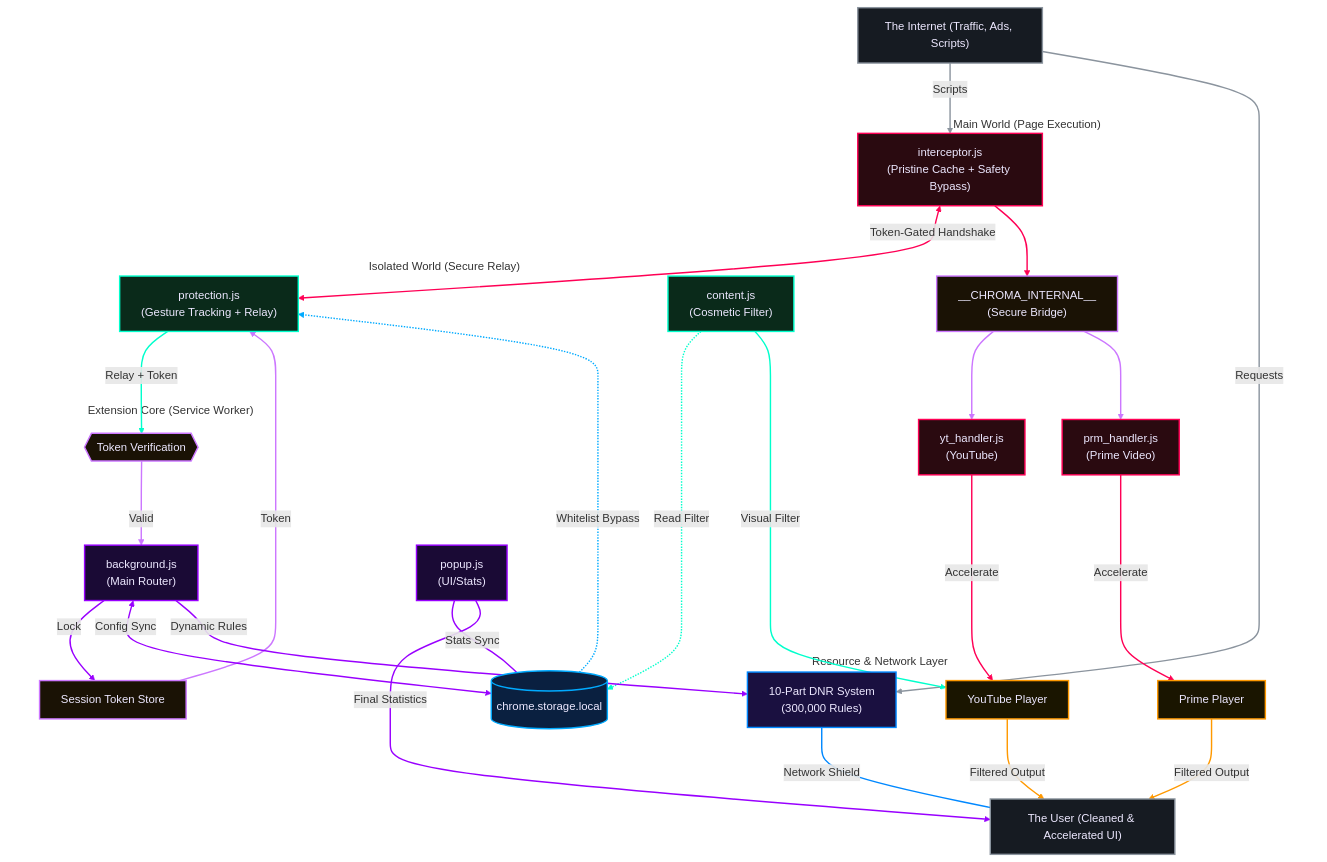
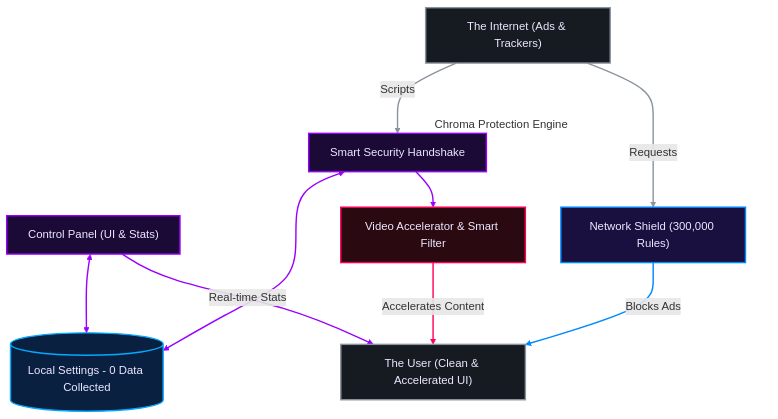
Before and after one commit to Dabrogost/Chroma-Ad-Blocker: the diagram in index.md, drawn with Mermaid. The commit also changed other lines of this file, not shown here.

Commit message:
docs: update Chroma architecture description and simplify Mermaid diagram for clarity

```diff
--- a/index.md
+++ b/index.md
@@ -178,69 +178,31 @@
     <div class="mermaid">
 graph TD
-    classDef sw fill:#1a0a35,color:#ede8ff,stroke:#9900ff,stroke-width:2px
+    classDef main fill:#2a0a10,color:#ede8ff,stroke:#ff0055,stroke-width:2px
+    classDef shield fill:#1a1040,color:#ede8ff,stroke:#0088ff,stroke-width:2px
+    classDef logic fill:#1a0a35,color:#ede8ff,stroke:#9900ff,stroke-width:2px
     classDef storage fill:#0a2040,color:#ede8ff,stroke:#00aaff,stroke-width:2px
-    classDef isolated fill:#0a2a1a,color:#ede8ff,stroke:#00ffcc,stroke-width:2px
-    classDef main fill:#2a0a10,color:#ede8ff,stroke:#ff0055,stroke-width:2px
-    classDef dnr fill:#1a1040,color:#ede8ff,stroke:#0088ff,stroke-width:2px
-    classDef dom fill:#1a1500,color:#ede8ff,stroke:#ff9900,stroke-width:2px
-    classDef secure fill:#1a1205,color:#ede8ff,stroke:#cc77ff,stroke-width:2px
     classDef actor fill:#161b22,color:#ede8ff,stroke:#8b949e,stroke-width:2px
-    INTERNET["The Internet (Traffic, Ads, Scripts)"]:::actor
-    subgraph MW["Main World (Page Execution)"]
-        MW_INT["interceptor.js<br/>(Pristine Cache + Safety Bypass)"]:::main
-        BRIDGE["__CHROMA_INTERNAL__<br/>(Secure Bridge)"]:::secure
-        CS_YT["yt_handler.js<br/>(YouTube)"]:::main
-        CS_PV["prm_handler.js<br/>(Prime Video)"]:::main
+    INTERNET["The Internet (Ads & Trackers)"]:::actor
+    subgraph Engine["Chroma Protection Engine"]
+        SHIELD["Network Shield (300,000 Rules)"]:::shield
+        CORE["Smart Security Handshake"]:::logic
+        FILTER["Video Accelerator & Smart Filter"]:::main
     end
-    subgraph IW["Isolated World (Secure Relay)"]
-        CS_PROT["protection.js<br/>(Gesture Tracking + Relay)"]:::isolated
-        CS_GEN["content.js<br/>(Cosmetic Filter)"]:::isolated
-    end
-    subgraph SW["Extension Core (Service Worker)"]
-        VERIFY{{Token Verification}}:::secure
-        BS["background.js<br/>(Main Router)"]:::sw
-        AUTH["Session Token Store"]:::secure
-    end
-    subgraph System["Resource & Network Layer"]
-        STORAGE[(chrome.storage.local)]:::storage
-        DNR["10-Part DNR System<br/>(300,000 Rules)"]:::dnr
-        YT_DOM["YouTube Player"]:::dom
-        PV_DOM["Prime Player"]:::dom
-    end
-    USER["The User (Cleaned & Accelerated UI)"]:::actor
-    POPUP["popup.js<br/>(UI/Stats)"]:::sw
-    INTERNET--"Scripts"-->MW_INT
-    INTERNET--"Requests"-->DNR
-    MW_INT<==>|"Token-Gated Handshake"|CS_PROT
-    MW_INT-->BRIDGE
-    CS_YT==>|"Accelerate"|YT_DOM
-    CS_PV==>|"Accelerate"|PV_DOM
-    BRIDGE-->CS_YT
-    BRIDGE-->CS_PV
-    VERIFY--"Valid"-->BS
-    AUTH--"Token"-->CS_PROT
-    CS_PROT--"Relay + Token"-->VERIFY
-    CS_GEN-.->|"Read Filter"|STORAGE
-    CS_GEN==>|"Visual Filter"|YT_DOM
-    BS--"Lock"-->AUTH
-    BS<-->|"Config Sync"|STORAGE
-    BS--"Dynamic Rules"-->DNR
-    STORAGE-.->|"Whitelist Bypass"|CS_PROT
-    DNR---|"Network Shield"|USER
-    YT_DOM--"Filtered Output"-->USER
-    PV_DOM--"Filtered Output"-->USER
-    POPUP---|"Stats Sync"|STORAGE
-    POPUP--"Final Statistics"-->USER
+    STORAGE[(Local Settings - 0 Data Collected)]:::storage
+    POPUP["Control Panel (UI & Stats)"]:::logic
+    USER["The User (Clean & Accelerated UI)"]:::actor
+    INTERNET--"Scripts"-->CORE
+    INTERNET--"Requests"-->SHIELD
+    CORE<-->STORAGE
+    CORE==>FILTER
+    SHIELD==>|"Blocks Ads"|USER
+    FILTER==>|"Accelerates Content"|USER
+    POPUP<-->STORAGE
+    POPUP--"Real-time Stats"-->USER
     linkStyle 0,1 stroke:#8b949e,stroke-width:2px;
-    linkStyle 2,3,4,5 stroke:#ff0055,stroke-width:2px;
-    linkStyle 6,7,8,9 stroke:#cc77ff,stroke-width:2px;
-    linkStyle 10,11,12 stroke:#00ffcc,stroke-width:2px;
-    linkStyle 13,14,15,20,21 stroke:#9900ff,stroke-width:2px;
-    linkStyle 16 stroke:#00aaff,stroke-width:2px;
-    linkStyle 17 stroke:#0088ff,stroke-width:2px;
-    linkStyle 18,19 stroke:#ff9900,stroke-width:2px;
-    style MW fill:none,stroke:none
-    style IW fill:none,stroke:none
-    style SW fill:none,stroke:none
-    style System fill:none,stroke:none
+    linkStyle 2,3 stroke:#9900ff,stroke-width:2px;
+    linkStyle 4 stroke:#0088ff,stroke-width:2px;
+    linkStyle 5 stroke:#ff0055,stroke-width:2px;
+    linkStyle 6,7 stroke:#9900ff,stroke-width:2px;
+    style Engine fill:none,stroke:none
     </div>
```
